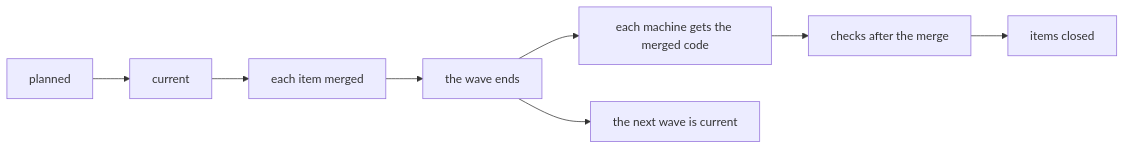
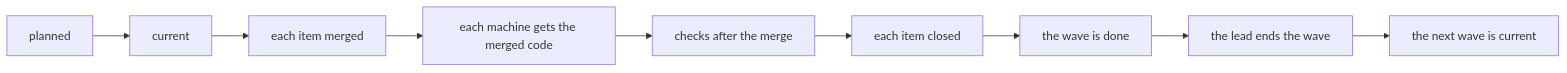
The second of 3 diagrams in docs/src/waves.md (como-technologies/riff), drawn with Mermaid before and after one commit. The commit also changed other lines of this file and 4 other files, not shown here.

First line of the commit message:
A wave is done when each of its items is closed (R166, R215, R216, R221, R224, #76)

````diff
--- a/docs/src/waves.md
+++ b/docs/src/waves.md
@@ -44,10 +43,11 @@
 ```mermaid
 flowchart LR
     P[planned] --> C[current]
     C --> M[each item merged]
-    M --> E[the wave ends]
-    E --> U[each machine gets the merged code]
+    M --> U[each machine gets the merged code]
     U --> K[checks after the merge]
-    K --> X[items closed]
+    K --> X[each item closed]
+    X --> D[the wave is done]
+    D --> E[the lead ends the wave]
     E --> N[the next wave is current]
 ```
````
